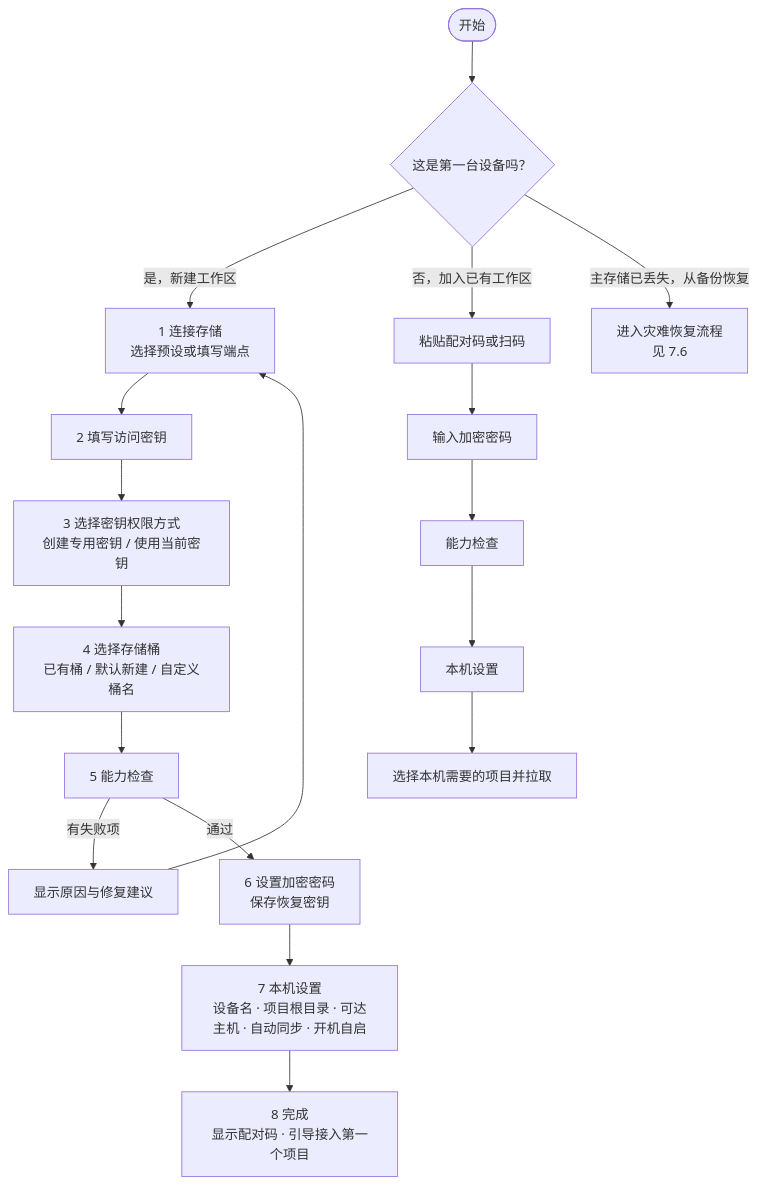
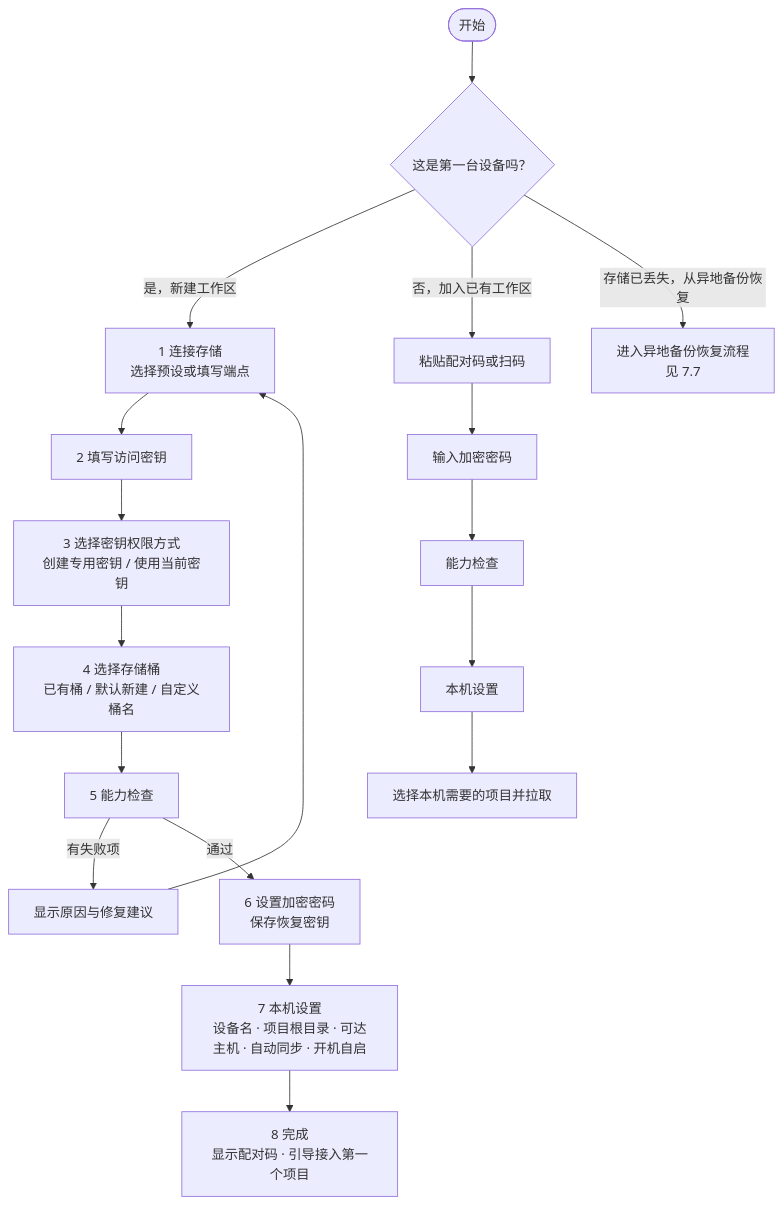
The first of 3 diagrams in docs/prd.md (kverona-ai/workroam), drawn with Mermaid before and after one commit. The commit also changed other lines of this file and 8 other files, not shown here.

````diff
--- a/docs/prd.md
+++ b/docs/prd.md
@@ -142,19 +141,19 @@
 ```mermaid
 flowchart TD
     A([开始]) --> B{这是第一台设备吗？}
     B -- 是，新建工作区 --> C[1 连接存储<br/>选择预设或填写端点]
     B -- 否，加入已有工作区 --> J1[粘贴配对码或扫码]
-    B -- 主存储已丢失，从备份恢复 --> R1[进入灾难恢复流程<br/>见 7.6]
+    B -- 存储已丢失，从异地备份恢复 --> R1[进入异地备份恢复流程<br/>见 7.7]
     C --> D[2 填写访问密钥]
     D --> E[3 选择密钥权限方式<br/>创建专用密钥 / 使用当前密钥]
     E --> F[4 选择存储桶<br/>已有桶 / 默认新建 / 自定义桶名]
     F --> G[5 能力检查]
     G -- 有失败项 --> G1[显示原因与修复建议] --> C
     G -- 通过 --> H[6 设置加密密码<br/>保存恢复密钥]
     H --> I[7 本机设置<br/>设备名 · 项目根目录 · 可达主机 · 自动同步 · 开机自启]
     I --> K[8 完成<br/>显示配对码 · 引导接入第一个项目]
     J1 --> J2[输入加密密码]
     J2 --> G2[能力检查]
     G2 --> I2[本机设置]
     I2 --> J3[选择本机需要的项目并拉取]
 ```
````
